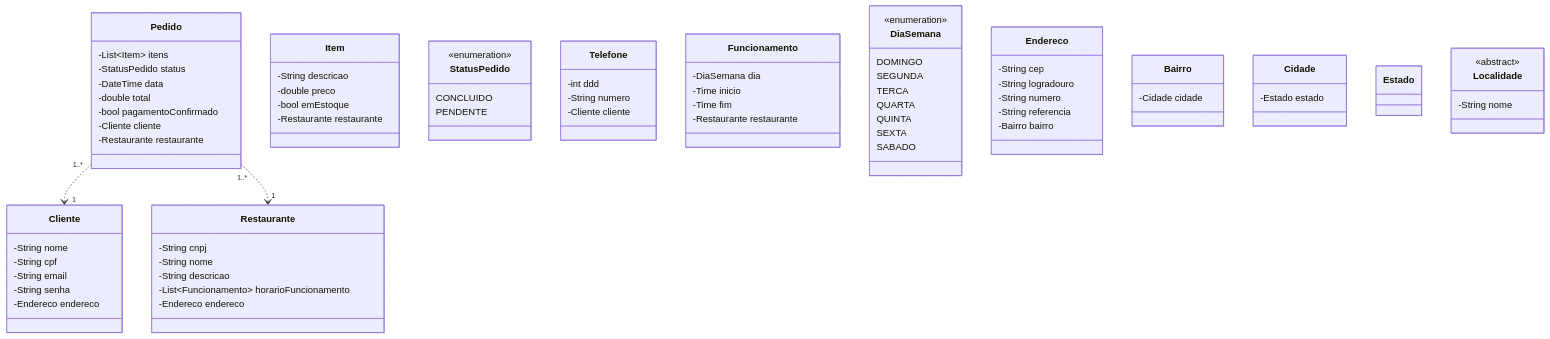
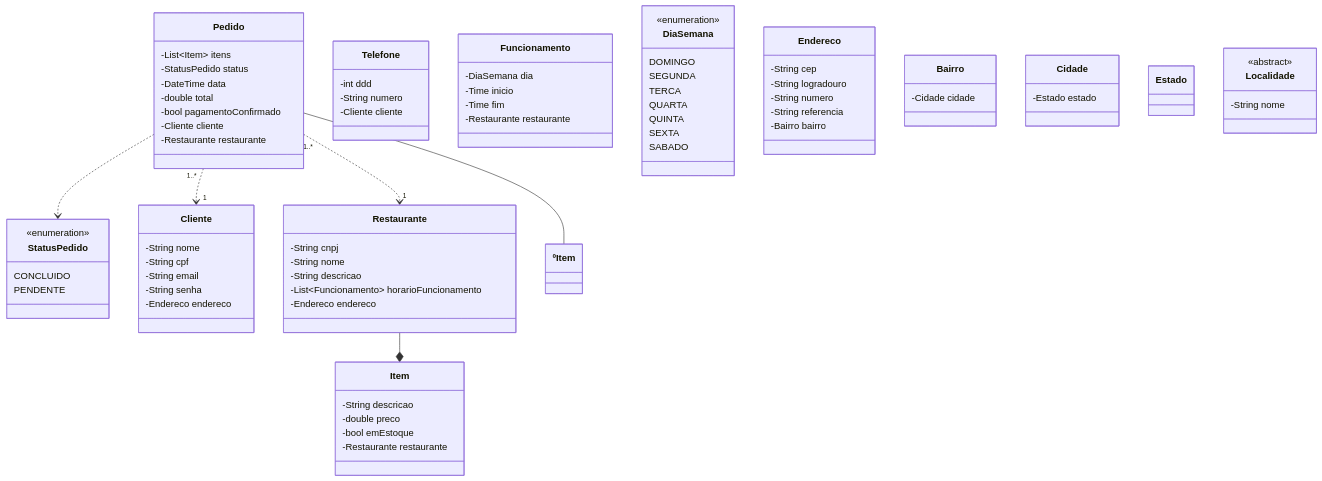
One commit to gxrj/dio-santander2023 changed the diagram in desafio-final-backend-dio-santander2023/README.md. Above: the diagram before and after it, drawn with Mermaid.

Commit message:
docs: atualiza a documentação

````diff
--- a/desafio-final-backend-dio-santander2023/README.md
+++ b/desafio-final-backend-dio-santander2023/README.md
@@ -90,4 +90,9 @@
 
     Pedido "1..*" ..> "1" Cliente
     Pedido "1..*" ..> "1" Restaurante
+    Pedido ..> StatusPedido
+    Pedido --º Item
+    Restaurante --* Item
+
+
 ```
````
